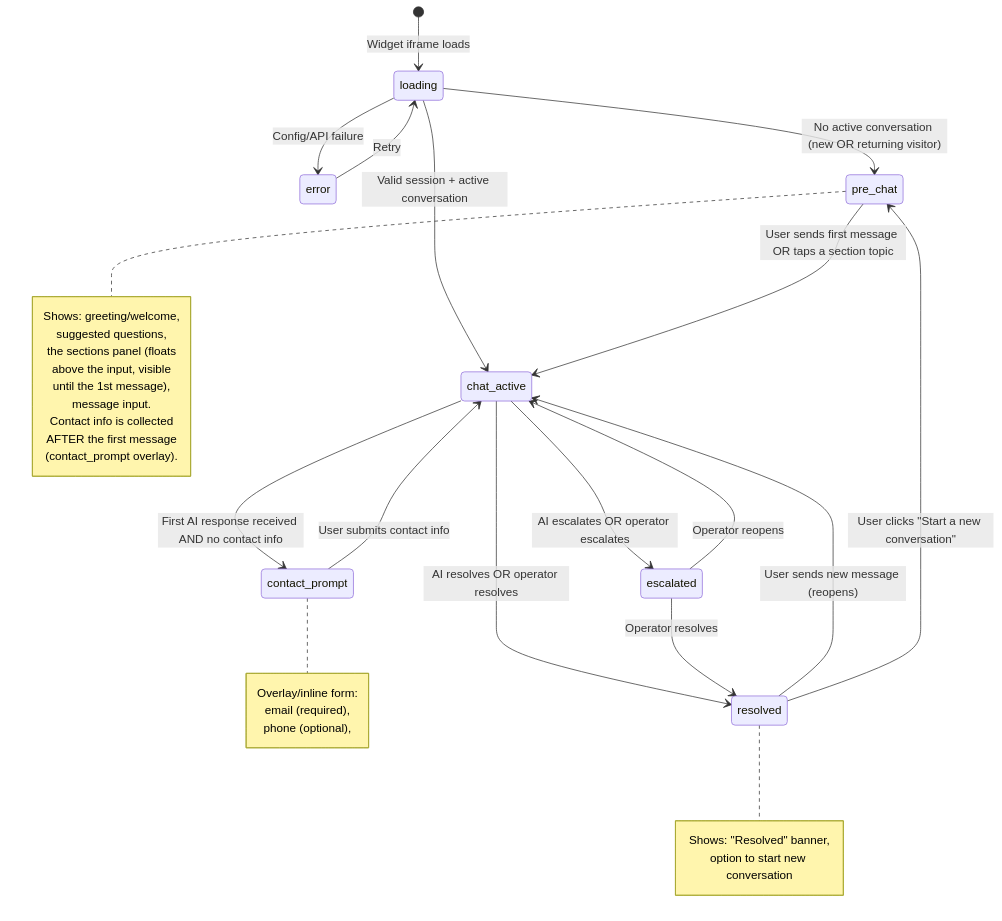
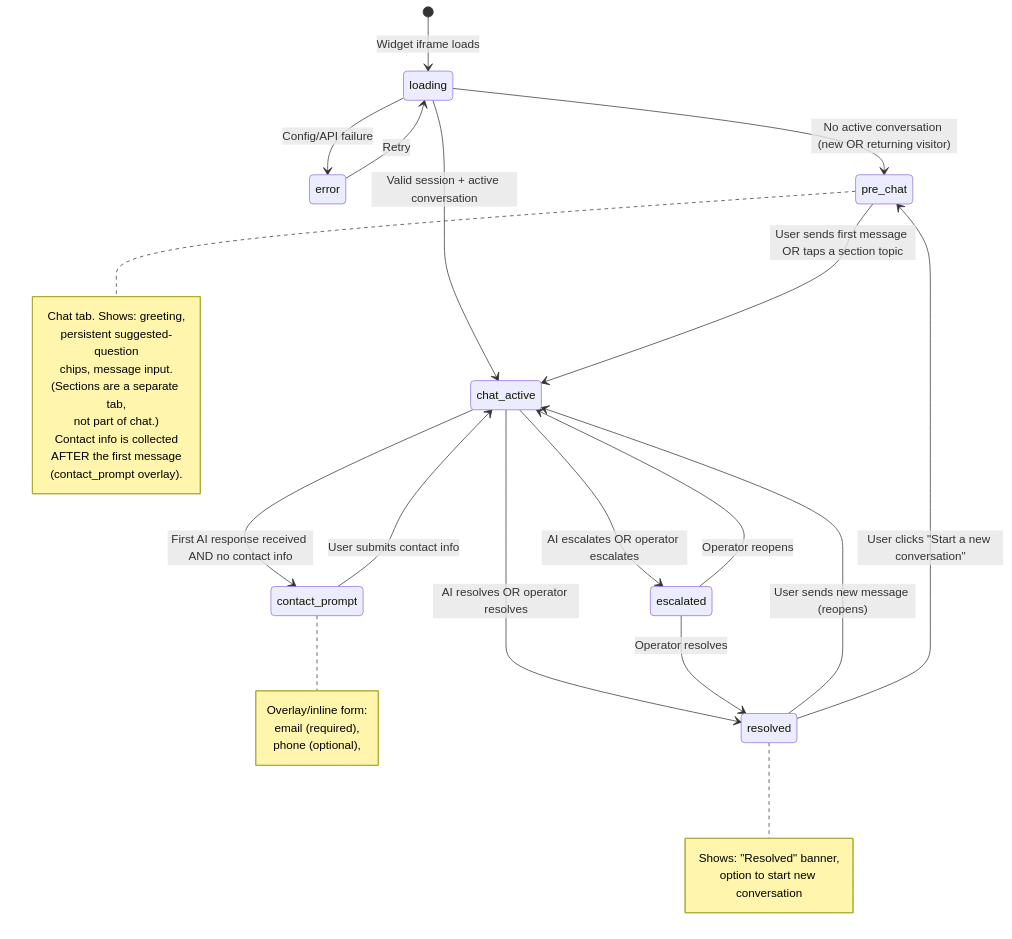
Before and after one commit to kidane-gebremedhin/resolve-ai: the first of 2 diagrams in __specs/09-widget-state-machine.md, drawn with Mermaid. The commit also changed other lines of this file and 12 other files, not shown here.

````diff
--- a/__specs/09-widget-state-machine.md
+++ b/__specs/09-widget-state-machine.md
@@ -11,48 +11,47 @@
 ```mermaid
 stateDiagram-v2
     [*] --> loading: Widget iframe loads
     
     loading --> error: Config/API failure
     loading --> pre_chat: No active conversation (new OR returning visitor)
     loading --> chat_active: Valid session + active conversation
     
     pre_chat --> chat_active: User sends first message OR taps a section topic
     
     chat_active --> contact_prompt: First AI response received AND no contact info
     
     contact_prompt --> chat_active: User submits contact info
     
     chat_active --> resolved: AI resolves OR operator resolves
     chat_active --> escalated: AI escalates OR operator escalates
     
     escalated --> chat_active: Operator reopens
     escalated --> resolved: Operator resolves
     
     resolved --> chat_active: User sends new message (reopens)
     resolved --> pre_chat: User clicks "Start a new conversation"
     
     error --> loading: Retry
     
     note right of pre_chat
-        Shows: greeting/welcome,
-        suggested questions,
-        the sections panel (floats
-        above the input, visible
-        until the 1st message),
-        message input.
+        Chat tab. Shows: greeting,
+        persistent suggested-question
+        chips, message input.
+        (Sections are a separate tab,
+        not part of chat.)
         Contact info is collected
         AFTER the first message
         (contact_prompt overlay).
     end note
     
     note right of contact_prompt
         Overlay/inline form:
         email (required),
         phone (optional),
     end note
     
     note right of resolved
         Shows: "Resolved" banner,
         option to start new conversation
     end note
 ```
````
